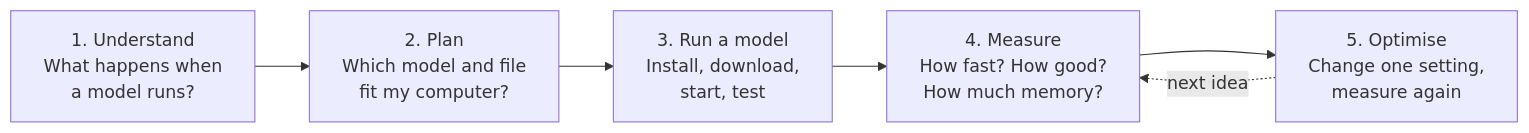
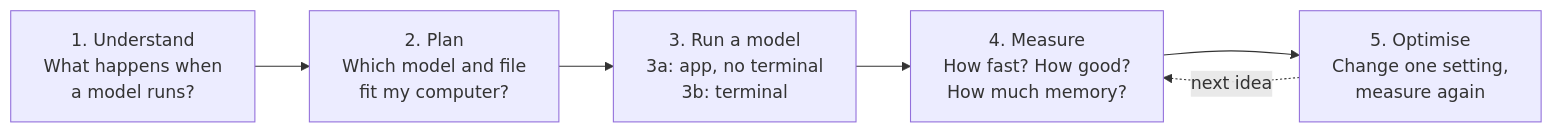
Before and after one commit to jellydn/tiny-local-ai: the diagram in docs/README.md, drawn with Mermaid. The commit also changed other lines of this file and 10 other files, not shown here.

````diff
--- a/docs/README.md
+++ b/docs/README.md
@@ -17,8 +17,8 @@
 ```mermaid
 flowchart LR
     A["1. Understand<br/>What happens when<br/>a model runs?"] --> B["2. Plan<br/>Which model and file<br/>fit my computer?"]
-    B --> C["3. Run a model<br/>Install, download,<br/>start, test"]
+    B --> C["3. Run a model<br/>3a: app, no terminal<br/>3b: terminal"]
     C --> D["4. Measure<br/>How fast? How good?<br/>How much memory?"]
     D --> E["5. Optimise<br/>Change one setting,<br/>measure again"]
     E -.->|"next idea"| D
 ```
````
